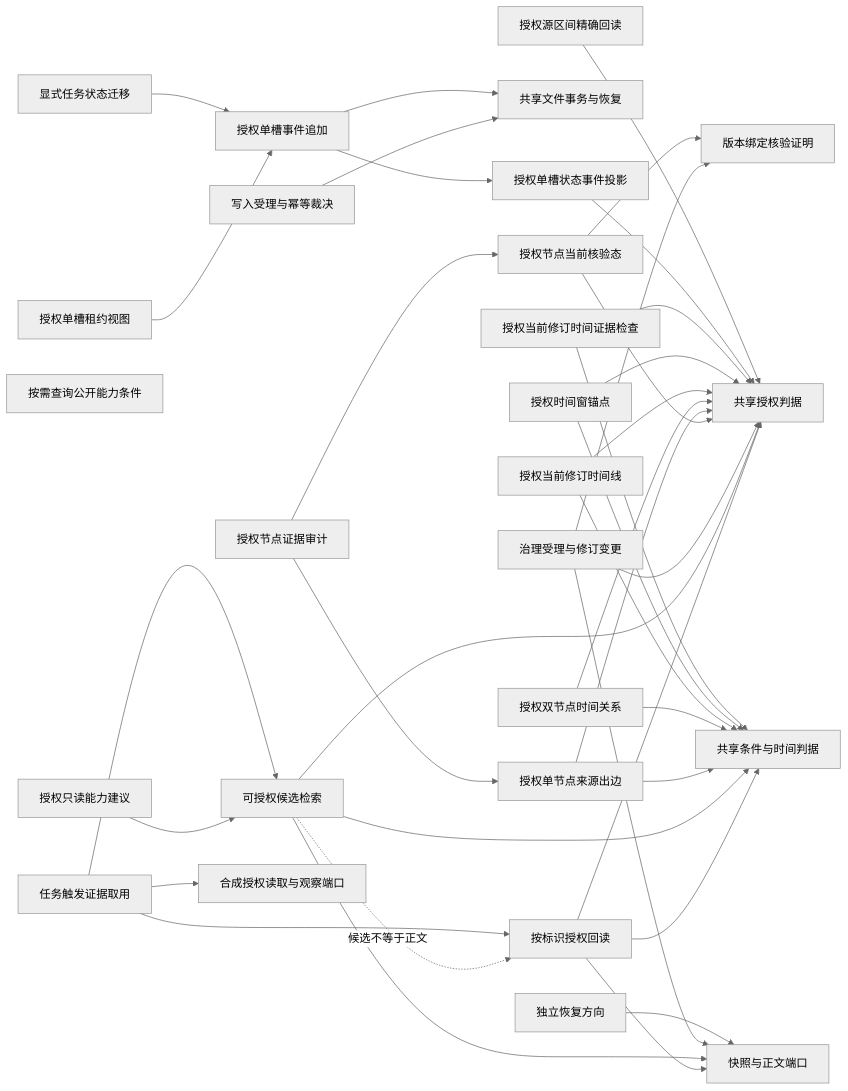
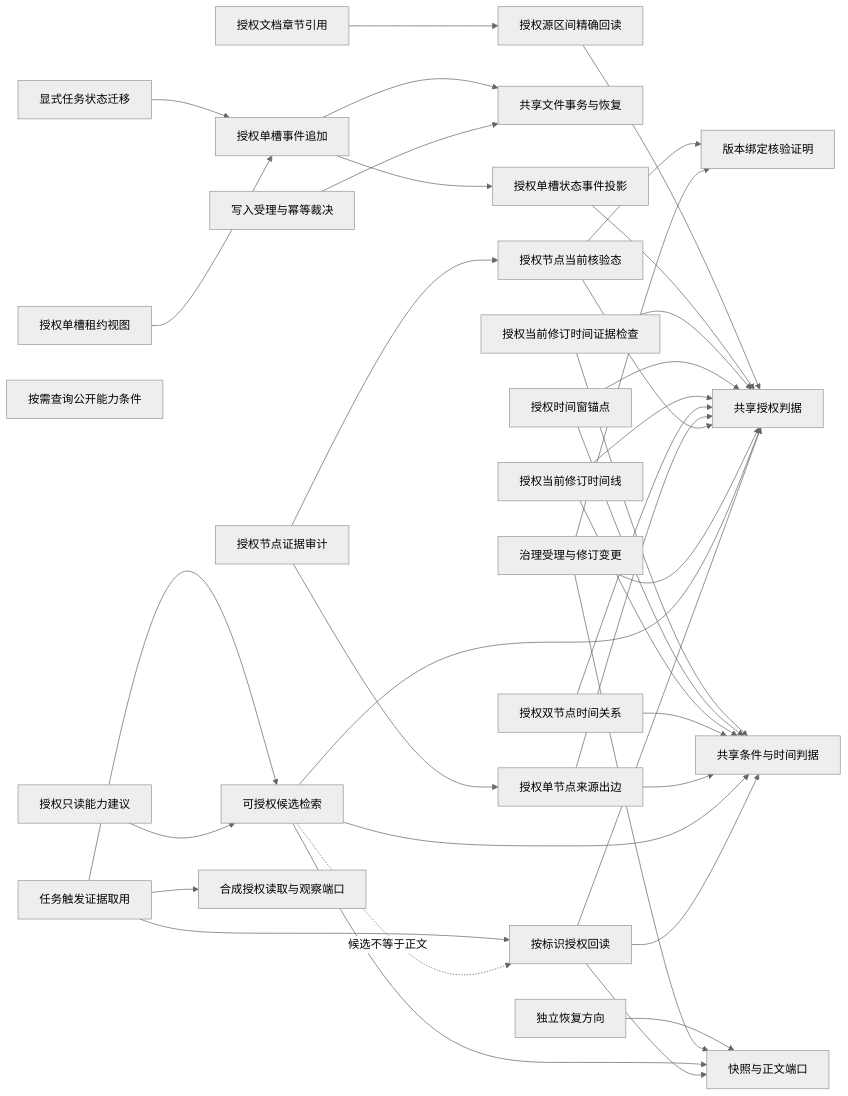
The diagram in docs/CAPABILITY_GRAPH.md (FuRongJun-1999/dsh-lingshu-memory), drawn with Mermaid (neutral theme) before and after one commit. The commit also changed other lines of this file and 11 other files, not shown here.

```diff
--- a/docs/CAPABILITY_GRAPH.md
+++ b/docs/CAPABILITY_GRAPH.md
@@ -5,40 +5,41 @@
 ~~~mermaid
 graph LR
   G[按标识授权回读] --> A[共享授权判据]
   G --> T[共享条件与时间判据]
   G --> S[快照与正文端口]
   Q[可授权候选检索] --> A
   Q --> T
   Q --> S
   Q -. 候选不等于正文 .-> G
   W[写入受理与幂等裁决] --> X[共享文件事务与恢复]
   R[治理受理与修订变更] --> S
   R --> A
   R --> V[版本绑定核验证明]
   K[授权节点当前核验态] --> V
   K --> A
   E[授权单节点来源出边] --> A
   E --> T
   Z[授权双节点时间关系] --> T
   Z --> A
   L[授权当前修订时间线] --> T
   L --> A
   WN[授权时间窗锚点] --> T
   WN --> A
   TC[授权当前修订时间证据检查] --> T
   TC --> A
   SC[授权单槽状态事件投影] --> A
   SE[授权单槽事件追加] --> SC
   SE --> X
   SL[授权单槽租约视图] --> SE
   EA[授权节点证据审计] --> K
   EA --> E
   RH[授权只读能力建议] --> Q
   HH[按需查询公开能力条件]
   TP[显式任务状态迁移] --> SE
   RF[授权源区间精确回读] --> A
+  DS[授权文档章节引用] --> RF
   P[独立恢复方向] --> S
   C[任务触发证据取用] --> O[合成授权读取与观察端口]
   C --> G
   C --> Q
 ~~~
```
